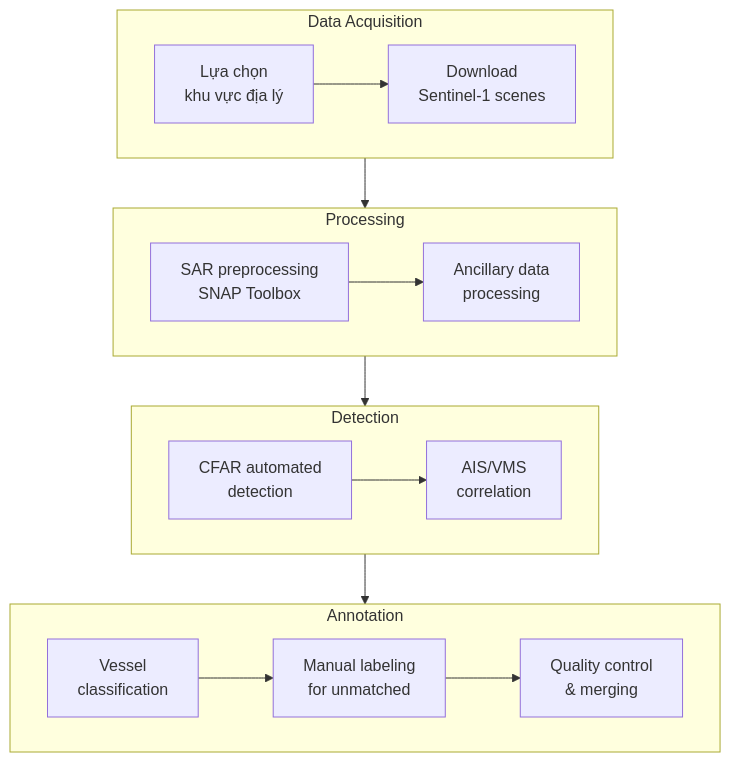
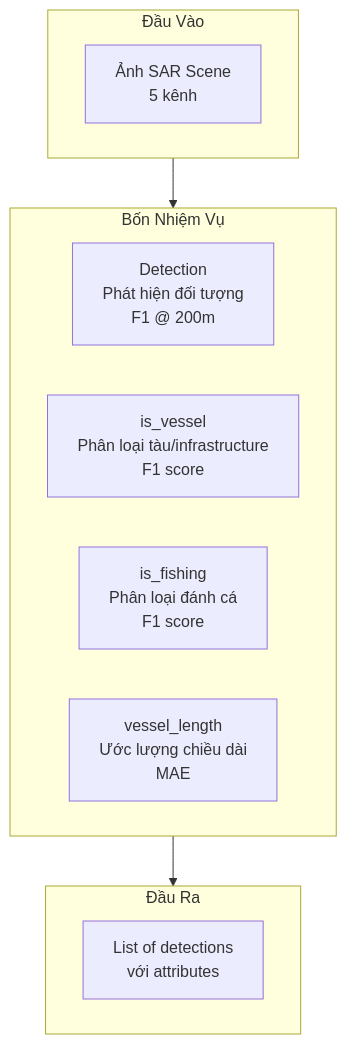
Before and after one commit to rerangst/geobayai_lab: the fifth of 8 diagrams in research/chuong-06-xview-challenges/muc-03-xview3-maritime/01-dataset.md, drawn with Mermaid. The commit also changed other lines of this file and 18 other files, not shown here.

````diff
--- a/research/chuong-06-xview-challenges/muc-03-xview3-maritime/01-dataset.md
+++ b/research/chuong-06-xview-challenges/muc-03-xview3-maritime/01-dataset.md
@@ -378,20 +150,19 @@
 ```mermaid
 flowchart TB
-    subgraph Phase1[Data Acquisition]
-        A1[Lựa chọn<br/>khu vực địa lý] --> A2[Download<br/>Sentinel-1 scenes]
+    subgraph INPUT["Đầu Vào"]
+        SAR["Ảnh SAR Scene<br/>5 kênh"]
     end
 
-    subgraph Phase2[Processing]
-        B1[SAR preprocessing<br/>SNAP Toolbox] --> B2[Ancillary data<br/>processing]
+    subgraph TASKS["Bốn Nhiệm Vụ"]
+        T1["Detection<br/>Phát hiện đối tượng<br/>F1 @ 200m"]
+        T2["is_vessel<br/>Phân loại tàu/infrastructure<br/>F1 score"]
+        T3["is_fishing<br/>Phân loại đánh cá<br/>F1 score"]
+        T4["vessel_length<br/>Ước lượng chiều dài<br/>MAE"]
     end
 
-    subgraph Phase3[Detection]
-        C1[CFAR automated<br/>detection] --> C2[AIS/VMS<br/>correlation]
+    subgraph OUTPUT["Đầu Ra"]
+        RESULT["List of detections<br/>với attributes"]
     end
 
-    subgraph Phase4[Annotation]
-        D1[Vessel<br/>classification] --> D2[Manual labeling<br/>for unmatched] --> D3[Quality control<br/>& merging]
-    end
-
-    Phase1 --> Phase2 --> Phase3 --> Phase4
+    INPUT --> TASKS --> OUTPUT
 ```
````
